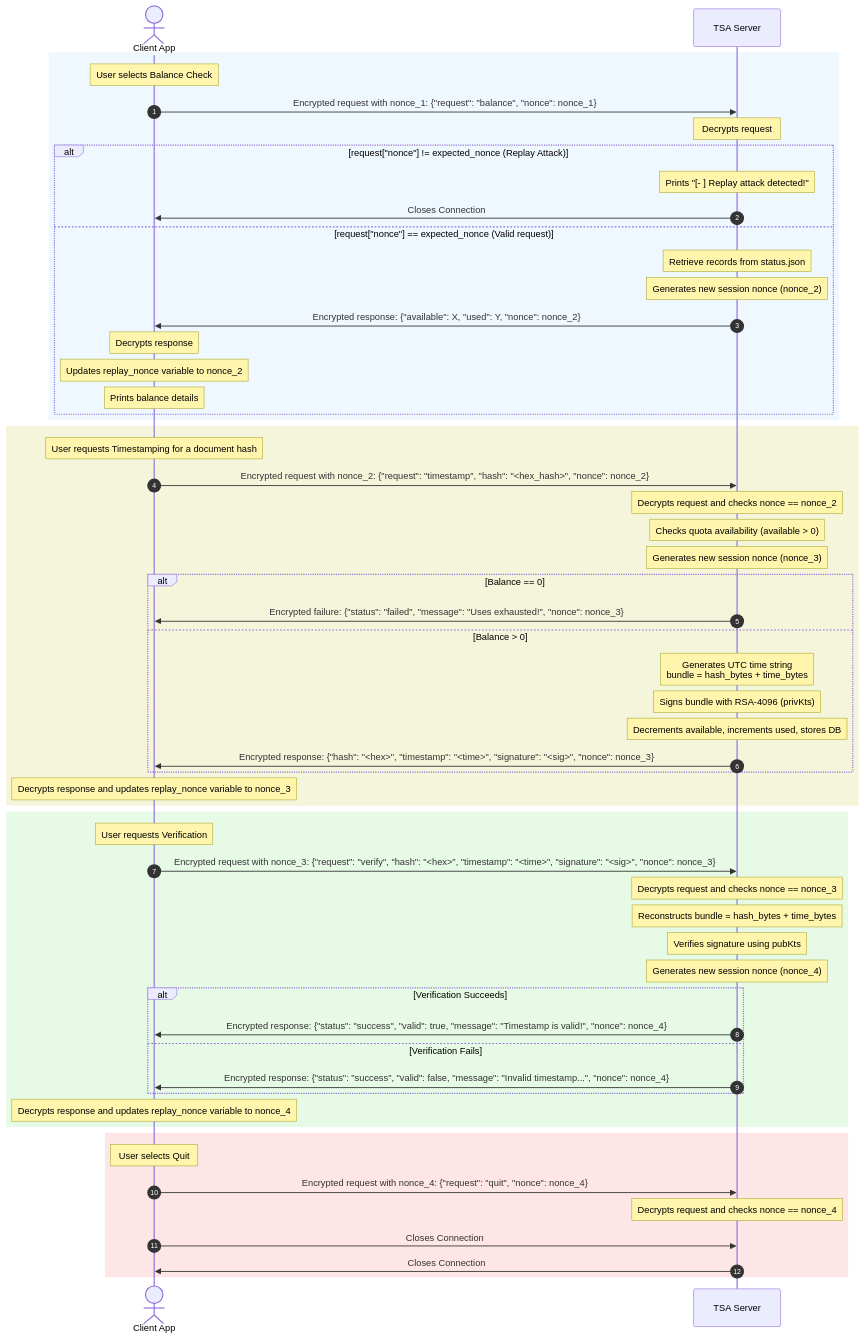
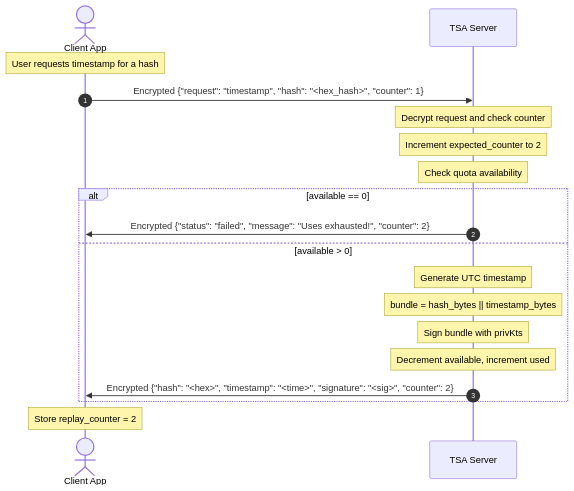
Before and after one commit to ErVideo/Fundamentals_of_Cybersecurity_Project: the fourth of 6 diagrams in Report/Report_v2.md, drawn with Mermaid. The commit also changed other lines of this file and 9 other files, not shown here.

````diff
--- a/Report/Report_v2.md
+++ b/Report/Report_v2.md
@@ -251,70 +335,24 @@
 ```mermaid
 sequenceDiagram
     autonumber
     actor Client as Client App
     participant Server as TSA Server
 
-    %% Option 0: Balance Check
-    rect rgb(240, 248, 255)
-    Note over Client: User selects Balance Check
-    Client->>Server: Encrypted request with nonce_1: {"request": "balance", "nonce": nonce_1}
-    
-    Note over Server: Decrypts request
-    alt request["nonce"] != expected_nonce (Replay Attack)
-        Note over Server: Prints "[- ] Replay attack detected!"
-        Server->>Client: Closes Connection
-    else request["nonce"] == expected_nonce (Valid request)
-        Note over Server: Retrieve records from status.json
-        Note over Server: Generates new session nonce (nonce_2)
-        Server->>Client: Encrypted response: {"available": X, "used": Y, "nonce": nonce_2}
-        Note over Client: Decrypts response
-        Note over Client: Updates replay_nonce variable to nonce_2
-        Note over Client: Prints balance details
-    end
+    Note over Client: User requests timestamp for a hash
+    Client->>Server: Encrypted {"request": "timestamp", "hash": "<hex_hash>", "counter": 1}
+    Note over Server: Decrypt request and check counter
+    Note over Server: Increment expected_counter to 2
+    Note over Server: Check quota availability
+
+    alt available == 0
+        Server->>Client: Encrypted {"status": "failed", "message": "Uses exhausted!", "counter": 2}
+    else available > 0
+        Note over Server: Generate UTC timestamp
+        Note over Server: bundle = hash_bytes || timestamp_bytes
+        Note over Server: Sign bundle with privKts
+        Note over Server: Decrement available, increment used
+        Server->>Client: Encrypted {"hash": "<hex>", "timestamp": "<time>", "signature": "<sig>", "counter": 2}
     end
 
-    %% Option 2: Timestamping
-    rect rgb(245, 245, 220)
-    Note over Client: User requests Timestamping for a document hash
-    Client->>Server: Encrypted request with nonce_2: {"request": "timestamp", "hash": "<hex_hash>", "nonce": nonce_2}
-    
-    Note over Server: Decrypts request and checks nonce == nonce_2
-    Note over Server: Checks quota availability (available > 0)
-    Note over Server: Generates new session nonce (nonce_3)
-    alt Balance == 0
-        Server->>Client: Encrypted failure: {"status": "failed", "message": "Uses exhausted!", "nonce": nonce_3}
-    else Balance > 0
-        Note over Server: Generates UTC time string<br/>bundle = hash_bytes + time_bytes
-        Note over Server: Signs bundle with RSA-4096 (privKts)
-        Note over Server: Decrements available, increments used, stores DB
-        Server->>Client: Encrypted response: {"hash": "<hex>", "timestamp": "<time>", "signature": "<sig>", "nonce": nonce_3}
-    end
-    Note over Client: Decrypts response and updates replay_nonce variable to nonce_3
-    end
-
-    %% Option 1: Verification
-    rect rgb(230, 250, 230)
-    Note over Client: User requests Verification
-    Client->>Server: Encrypted request with nonce_3: {"request": "verify", "hash": "<hex>", "timestamp": "<time>", "signature": "<sig>", "nonce": nonce_3}
-    
-    Note over Server: Decrypts request and checks nonce == nonce_3
-    Note over Server: Reconstructs bundle = hash_bytes + time_bytes
-    Note over Server: Verifies signature using pubKts
-    Note over Server: Generates new session nonce (nonce_4)
-    alt Verification Succeeds
-        Server->>Client: Encrypted response: {"status": "success", "valid": true, "message": "Timestamp is valid!", "nonce": nonce_4}
-    else Verification Fails
-        Server->>Client: Encrypted response: {"status": "success", "valid": false, "message": "Invalid timestamp...", "nonce": nonce_4}
-    end
-    Note over Client: Decrypts response and updates replay_nonce variable to nonce_4
-    end
-
-    %% Option 3: Quit
-    rect rgb(255, 230, 230)
-    Note over Client: User selects Quit
-    Client->>Server: Encrypted request with nonce_4: {"request": "quit", "nonce": nonce_4}
-    Note over Server: Decrypts request and checks nonce == nonce_4
-    Client->>Server: Closes Connection
-    Server->>Client: Closes Connection
-    end
+    Note over Client: Store replay_counter = 2
 ```
````
